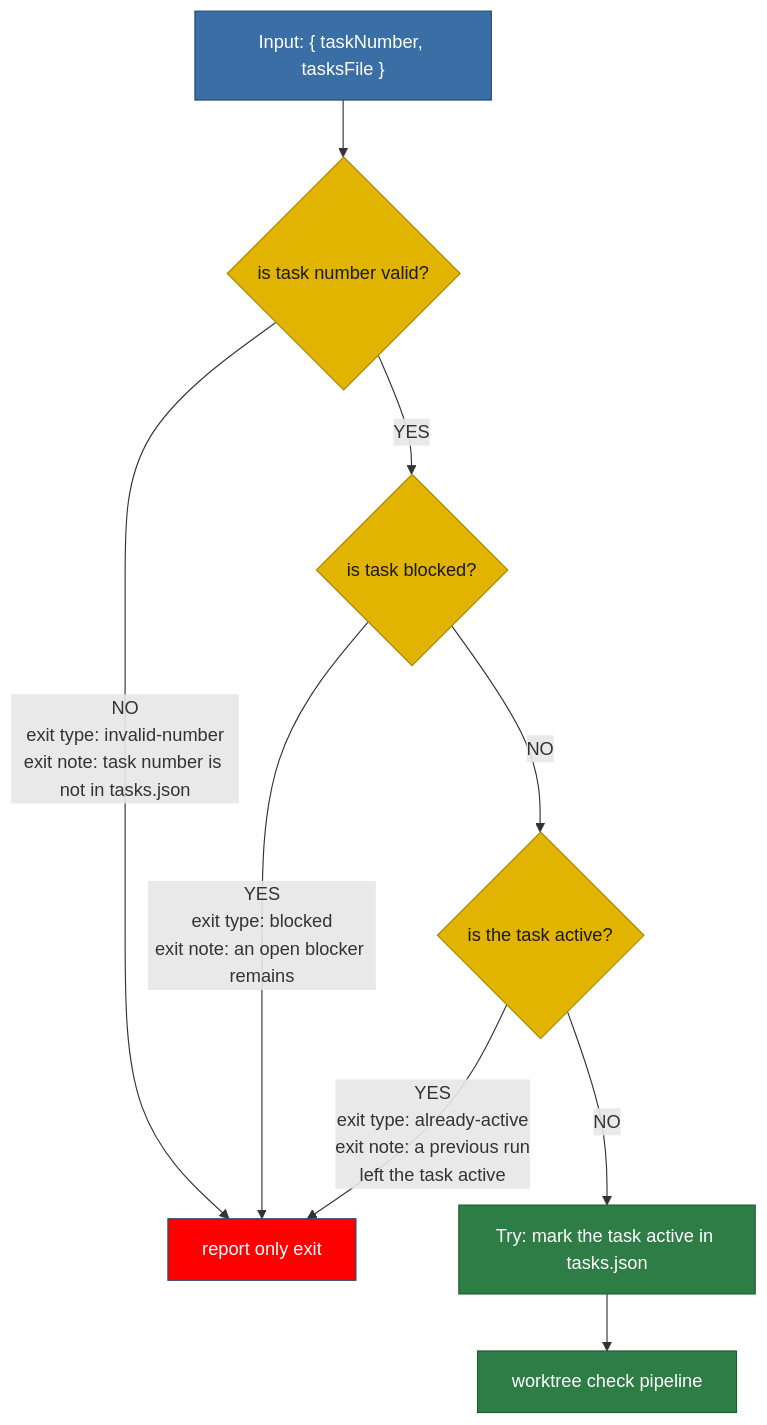
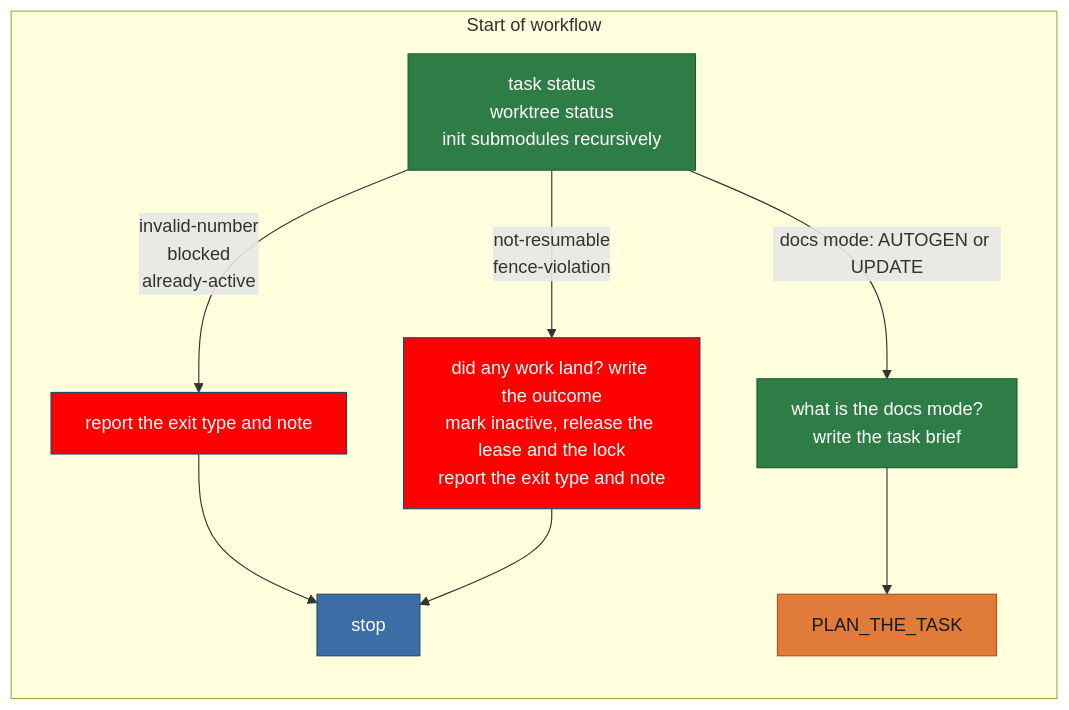
One commit to matkatmusic/taskTools changed the diagram in plans/diagram/pipeline-preambleStatusCheck.mmd. Above: the diagram before and after it, drawn with Mermaid. The commit also changed 614 other files, not shown here.

```diff
--- a/plans/diagram/pipeline-preambleStatusCheck.mmd
+++ b/plans/diagram/pipeline-preambleStatusCheck.mmd
@@ -1,61 +1,29 @@
 flowchart TB
-%% PREAMBLE STATUS CHECK. Runs entirely before the task is marked active.
-%% ---
-%% Every exit here takes the report only exit, never the failures exit.
-%% ---
-%% An ambiguous mark-active failure is reconciled: re-read tasks.json to see if the claim landed.
-%% ---
-%% Still unknown after that re-read counts as run-failed.
-%% ---
-%% "is the task active?" and "mark it active" are one atomic write.
-%% ---
-%% See claimTask in taskRunState.ts.
-%% ---
-%% Task number and blocked checks happen before that atomic claim.
-%% ---
-%% A blocker added in that window still lets the run through.
-%% ---
-%% ACCEPTED: the window is milliseconds and the worst case is one extra finished task.
-%% ---
-%% KNOWN GAP: a task left active by a dead process stays active forever.
-%% ---
-%% No liveness check or automatic recovery exists; see prepareTasks.ts:251.
-%% ---
-%% Recovery is manual: recoverStaleTaskWorktreeLease in prepareTasks.ts, or recoverSourceRepoLock.ts.
-%% ---
-%% Neither recovery script clears the active flag in tasks.json; that is done by hand.
-%% ---
-%% Exit types this pipeline can produce:
-%% ---
-%%   invalid-number  - not in tasks.json, completedTasks.json not consulted
-%% ---
-%%   blocked         - an open blocker remains
-%% ---
-%%   already-active  - a previous run left the task active
-%% ---
-%%   run-failed      - a script failed before the task became active
+%% One agent() call. /run-step starts at PREAMBLE_STATUS_CHECK; every path ends at an orange box or STOP.
+%% An orange box prints a prompt; the hook stops there and the same agent answers it.
+%% The agent's answer is the input of the diagram whose title names this orange box.
 
-  PREAMBLE_TASK_NUMBER_INPUT["Input: { taskNumber, tasksFile }"] --> IS_TASK_NUMBER_VALID
-  IS_TASK_NUMBER_VALID{"is task number valid?"} -->|YES| IS_TASK_BLOCKED{"is task blocked?"}
-  IS_TASK_NUMBER_VALID -- "NO<br/>exit type: invalid-number<br/>exit note: task number is not in tasks.json" --> REPORT_ONLY_EXIT
-  IS_TASK_BLOCKED -- "YES<br/>exit type: blocked<br/>exit note: an open blocker remains" --> REPORT_ONLY_EXIT
-  IS_TASK_BLOCKED -->|NO| IS_TASK_ACTIVE{"is the task active?"}
-  IS_TASK_ACTIVE -- "YES<br/>exit type: already-active<br/>exit note: a previous run<br/>left the task active" --> REPORT_ONLY_EXIT
-  IS_TASK_ACTIVE -->|NO| MARK_TASK_ACTIVE["Try: mark the task active in tasks.json"]
-  MARK_TASK_ACTIVE --> WORKTREE_CHECK_PIPELINE["worktree check pipeline"]
+  subgraph preambleStatusCheck ["Start of workflow"]
+    direction TB
+    PREAMBLE_STATUS_CHECK["task status<br/>worktree status<br/>init submodules recursively"]
+    REPORT_ONLY_EXIT["report the exit type and note"]
+    STOP["stop"]
+    FAILURES_EXIT["did any work land? write the outcome<br/>mark inactive, release the lease and the lock<br/>report the exit type and note"]
+    DOCUMENT_GENERATION["what is the docs mode?<br/>write the task brief"]
+    PLAN_THE_TASK["PLAN_THE_TASK"]
+  end
+  PREAMBLE_STATUS_CHECK -- "invalid-number<br/>blocked<br/>already-active" --> REPORT_ONLY_EXIT
+  REPORT_ONLY_EXIT --> STOP
+  FAILURES_EXIT --> STOP
+  PREAMBLE_STATUS_CHECK -- "not-resumable<br/>fence-violation" --> FAILURES_EXIT
+  PREAMBLE_STATUS_CHECK -- "docs mode: AUTOGEN or UPDATE" --> DOCUMENT_GENERATION
+  DOCUMENT_GENERATION --> PLAN_THE_TASK
 
-  REPORT_ONLY_EXIT["report only exit"]
-
-  %% pass/nopass: green heads for the next pipeline, red ends in an exit.
-  classDef pipeline fill:#2f7d46,stroke:#1e5c31,color:#ffffff
   classDef script fill:#2f7d46,stroke:#1e5c31,color:#ffffff
-  classDef decision fill:#e0b400,stroke:#a88600,color:#1a1a1a
+  classDef returns_a_prompt fill:#e07b39,stroke:#a8541f,color:#1a1a1a
+  classDef fail fill:red,stroke:#254a70,color:#ffffff
   classDef output fill:#3b6ea5,stroke:#254a70,color:#ffffff
-  classDef fail fill:red,stroke:#254a70,color:#ffffff
-  classDef pass fill:#2f7d46,stroke:#1e5c31,color:#ffffff
-  classDef nopass fill:#a52a1e,stroke:#6d1a12,color:#ffffff
-  class IS_TASK_NUMBER_VALID,IS_TASK_BLOCKED,IS_TASK_ACTIVE decision
-  class MARK_TASK_ACTIVE script
-  class WORKTREE_CHECK_PIPELINE pipeline
-  class REPORT_ONLY_EXIT fail
-  class PREAMBLE_TASK_NUMBER_INPUT output
+  class PREAMBLE_STATUS_CHECK,DOCUMENT_GENERATION script
+  class PLAN_THE_TASK returns_a_prompt
+  class REPORT_ONLY_EXIT,FAILURES_EXIT fail
+  class STOP output
```
